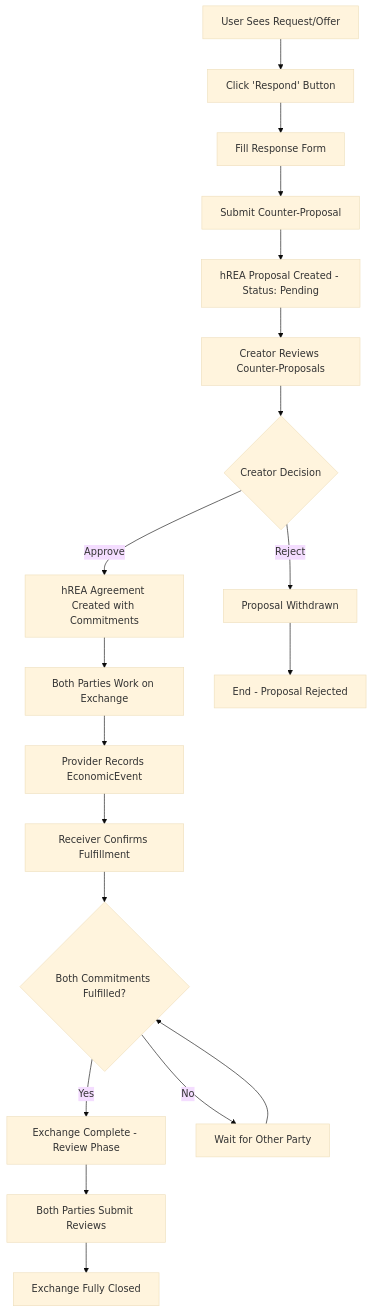
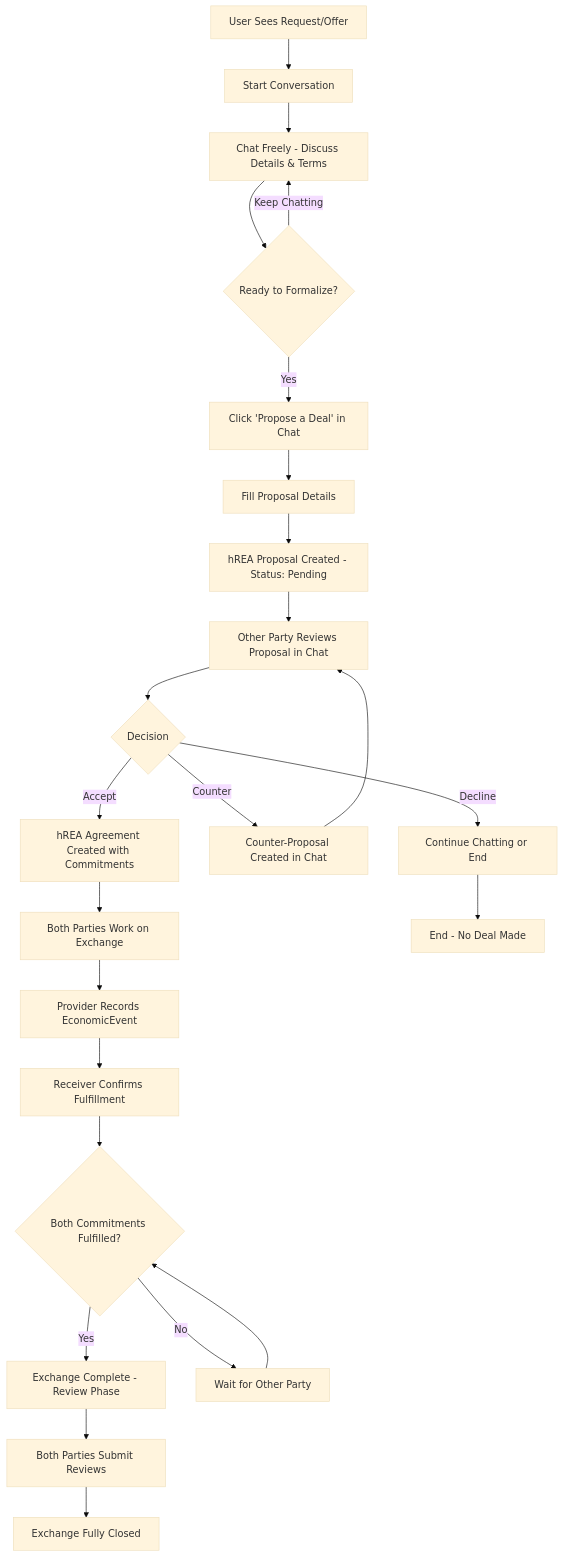
One commit to happenings-community/requests-and-offers changed the first of 2 diagrams in documentation/requirements/post-mvp/exchange-process.md. Above: the diagram before and after it, drawn with Mermaid (base theme). The commit also changed other lines of this file and 4 other files, not shown here.

First line of the commit message:
docs: rewrite post-MVP requirements around conversation-first exchange model

````diff
--- a/documentation/requirements/post-mvp/exchange-process.md
+++ b/documentation/requirements/post-mvp/exchange-process.md
@@ -35,27 +60,35 @@
 ```mermaid
 graph TD
-    A[User Sees Request/Offer] --> B[Click 'Respond' Button]
-    B --> C[Fill Response Form]
-    C --> D[Submit Counter-Proposal]
-    D --> E[hREA Proposal Created - Status: Pending]
+    A[User Sees Request/Offer] --> B[Start Conversation]
+    B --> C[Chat Freely - Discuss Details & Terms]
+    C --> D{Ready to Formalize?}
 
-    E --> F[Creator Reviews Counter-Proposals]
-    F --> G{Creator Decision}
+    D -->|Yes| E[Click 'Propose a Deal' in Chat]
+    D -->|Keep Chatting| C
 
-    G -->|Approve| H[hREA Agreement Created with Commitments]
-    G -->|Reject| I[Proposal Withdrawn]
+    E --> F[Fill Proposal Details]
+    F --> G[hREA Proposal Created - Status: Pending]
 
-    H --> J[Both Parties Work on Exchange]
-    J --> K[Provider Records EconomicEvent]
-    K --> L[Receiver Confirms Fulfillment]
+    G --> H[Other Party Reviews Proposal in Chat]
+    H --> I{Decision}
 
-    L --> M{Both Commitments Fulfilled?}
-    M -->|Yes| N[Exchange Complete - Review Phase]
-    M -->|No| O[Wait for Other Party]
-    O --> M
+    I -->|Accept| J[hREA Agreement Created with Commitments]
+    I -->|Counter| K[Counter-Proposal Created in Chat]
+    I -->|Decline| L[Continue Chatting or End]
 
-    N --> P[Both Parties Submit Reviews]
-    P --> Q[Exchange Fully Closed]
+    K --> H
 
-    I --> R[End - Proposal Rejected]
+    J --> M[Both Parties Work on Exchange]
+    M --> N[Provider Records EconomicEvent]
+    N --> O[Receiver Confirms Fulfillment]
+
+    O --> P{Both Commitments Fulfilled?}
+    P -->|Yes| Q[Exchange Complete - Review Phase]
+    P -->|No| R[Wait for Other Party]
+    R --> P
+
+    Q --> S[Both Parties Submit Reviews]
+    S --> T[Exchange Fully Closed]
+
+    L --> U[End - No Deal Made]
 ```
````
